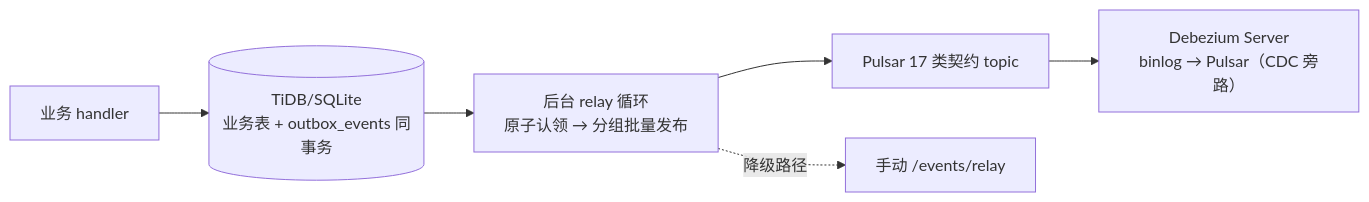
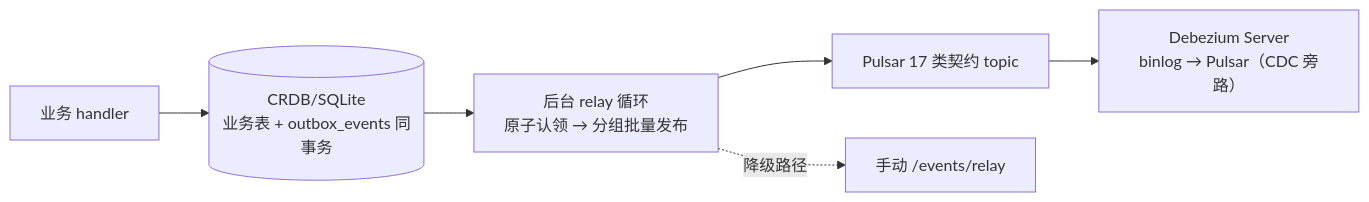
Before and after one commit to tianqiongenze/AI-EKB: the third of 4 diagrams in README.md, drawn with Mermaid. The commit also changed other lines of this file and 1 other file, not shown here.

````diff
--- a/README.md
+++ b/README.md
@@ -57,11 +57,11 @@
 ```mermaid
 flowchart LR
-    H[业务 handler] --> DB[(TiDB/SQLite
+    H[业务 handler] --> DB[(CRDB/SQLite
 业务表 + outbox_events 同事务)]
     DB --> R[后台 relay 循环
 原子认领 → 分组批量发布]
     R --> P[Pulsar 17 类契约 topic]
     R -.降级路径.-> M2[手动 /events/relay]
     P --> CDC[Debezium Server
 binlog → Pulsar（CDC 旁路）]
 ```
````
